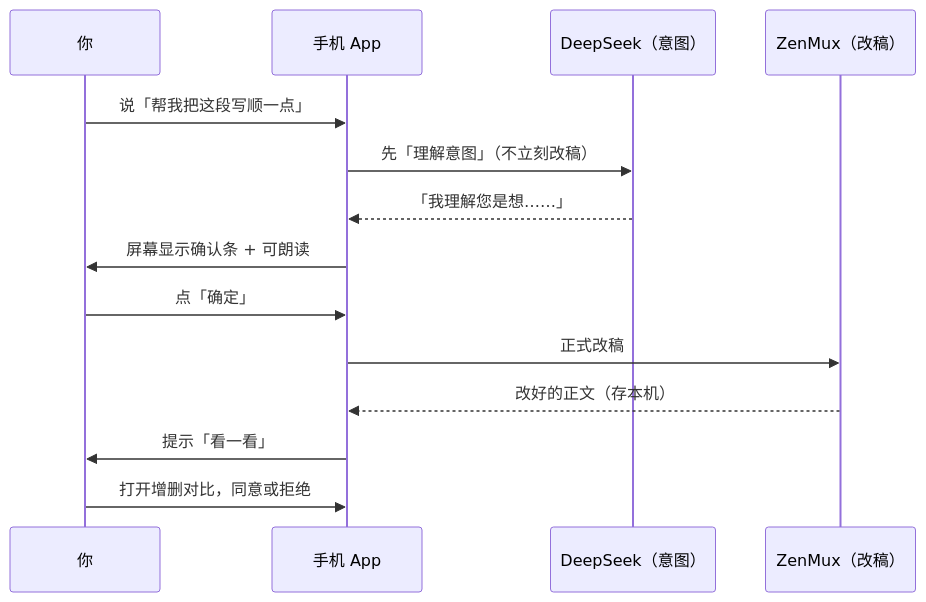
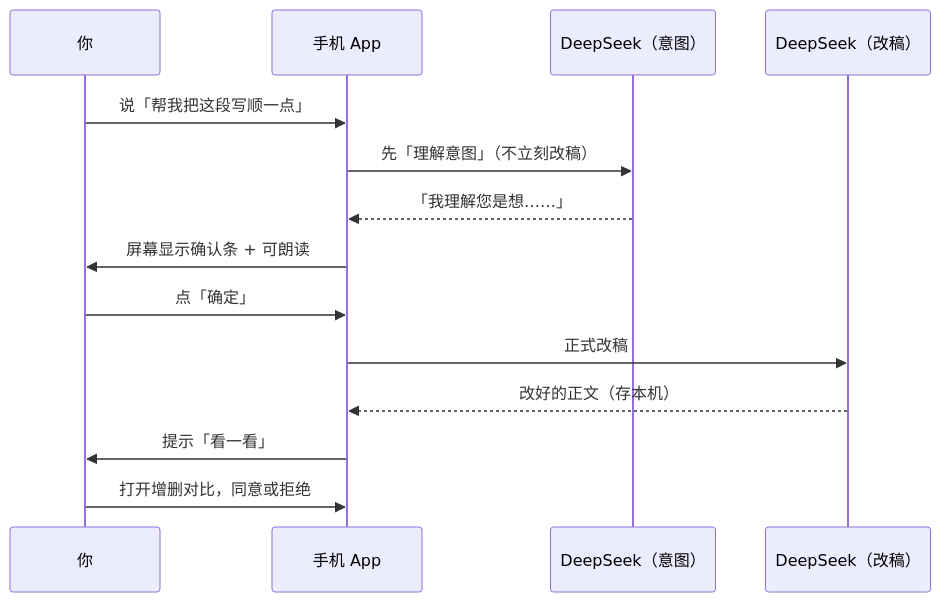
Before and after one commit to stchurchye/poemer: the diagram in docs/项目介绍.md, drawn with Mermaid. The commit also changed other lines of this file and 30 other files, not shown here.

First line of the commit message:
feat(mobile): assistant memory UI, writing on DeepSeek, header chips

````diff
--- a/docs/项目介绍.md
+++ b/docs/项目介绍.md
@@ -42,17 +42,17 @@
 ```mermaid
 sequenceDiagram
   participant You as 你
   participant App as 手机 App
   participant Intent as DeepSeek（意图）
-  participant Text as ZenMux（改稿）
+  participant Revise as DeepSeek（改稿）
 
   You->>App: 说「帮我把这段写顺一点」
   App->>Intent: 先「理解意图」（不立刻改稿）
   Intent-->>App: 「我理解您是想……」
   App->>You: 屏幕显示确认条 + 可朗读
   You->>App: 点「确定」
-  App->>Text: 正式改稿
-  Text-->>App: 改好的正文（存本机）
+  App->>Revise: 正式改稿
+  Revise-->>App: 改好的正文（存本机）
   App->>You: 提示「看一看」
   You->>App: 打开增删对比，同意或拒绝
 ```
````
